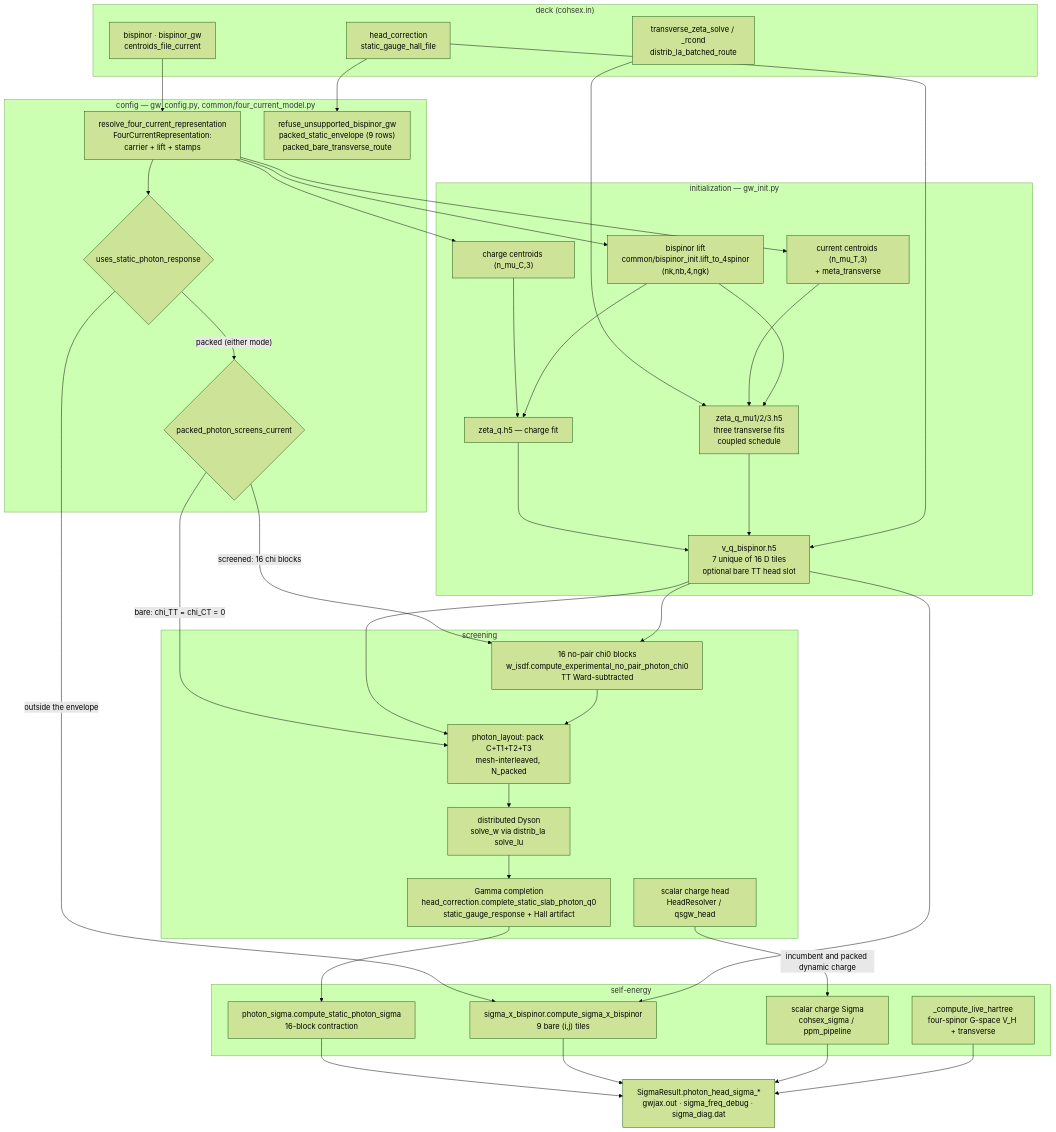
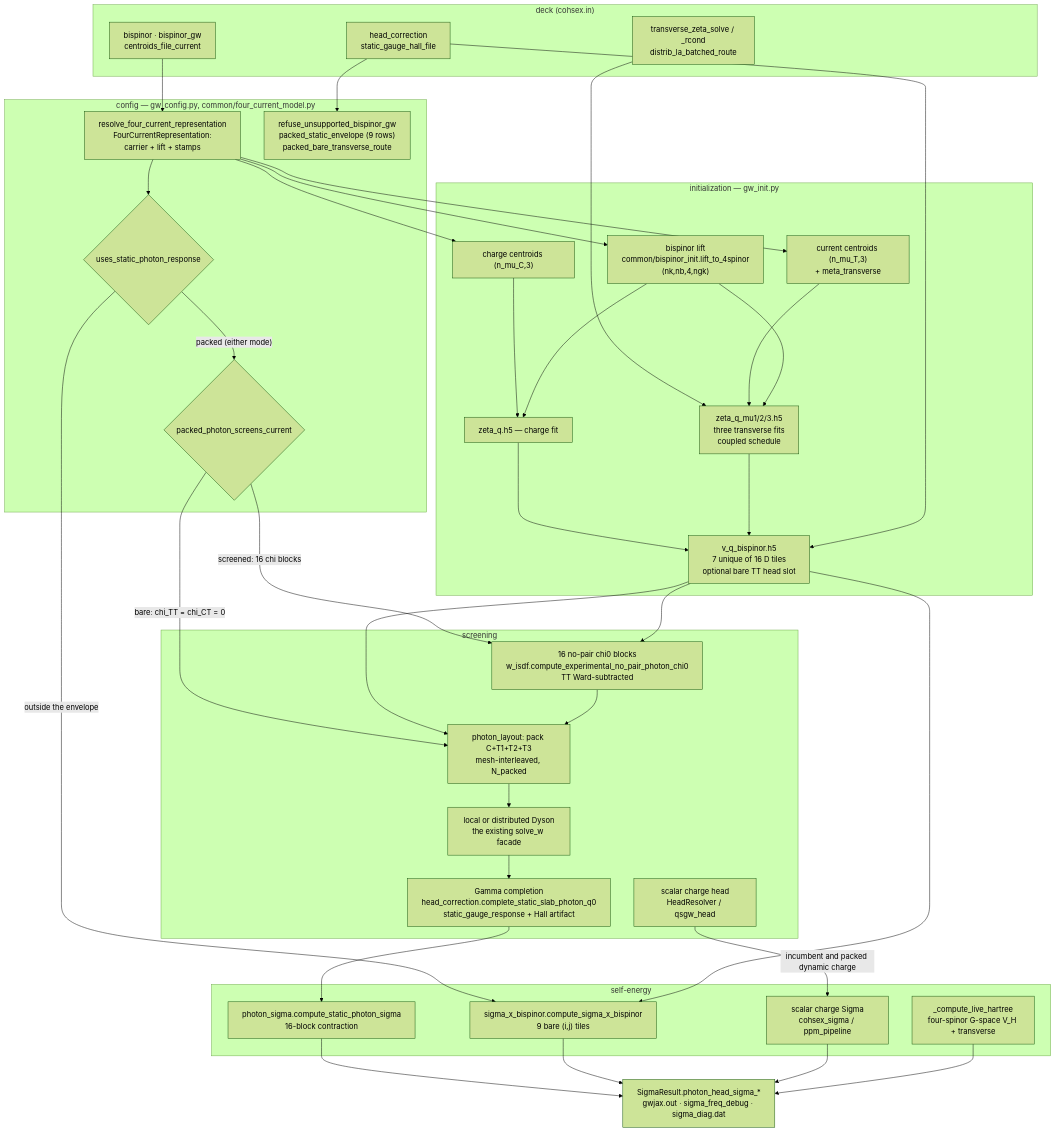
The diagram in docs/architecture/four_current_wiring.md (jackmcarthur/lorrax), drawn with Mermaid (forest theme) before and after one commit. The commit also changed other lines of this file and 5 other files, not shown here.

````diff
--- a/docs/architecture/four_current_wiring.md
+++ b/docs/architecture/four_current_wiring.md
@@ -145,72 +142,72 @@
 ```mermaid
 flowchart TD
   subgraph DECK["deck (cohsex.in)"]
     K1["bispinor · bispinor_gw<br/>centroids_file_current"]
     K2["head_correction<br/>static_gauge_hall_file"]
     K3["transverse_zeta_solve / _rcond<br/>distrib_la_batched_route"]
   end
 
   subgraph CFG["config — gw_config.py, common/four_current_model.py"]
     R["resolve_four_current_representation<br/>FourCurrentRepresentation:<br/>carrier + lift + stamps"]
     F{"uses_static_photon_response"}
     S{"packed_photon_screens_current"}
     E["refuse_unsupported_bispinor_gw<br/>packed_static_envelope (9 rows)<br/>packed_bare_transverse_route"]
   end
 
   subgraph INIT["initialization — gw_init.py"]
     C1["charge centroids (n_mu_C,3)"]
     C2["current centroids (n_mu_T,3)<br/>+ meta_transverse"]
     L["bispinor lift<br/>common/bispinor_init.lift_to_4spinor<br/>(nk,nb,4,ngk)"]
     Z0["zeta_q.h5 — charge fit"]
     ZT["zeta_q_mu1/2/3.h5<br/>three transverse fits<br/>coupled schedule"]
     VQ["v_q_bispinor.h5<br/>7 unique of 16 D tiles<br/>optional bare TT head slot"]
   end
 
   subgraph SCR["screening"]
     CHI["16 no-pair chi0 blocks<br/>w_isdf.compute_experimental_no_pair_photon_chi0<br/>TT Ward-subtracted"]
     PK["photon_layout: pack C+T1+T2+T3<br/>mesh-interleaved, N_packed"]
-    DY["distributed Dyson<br/>solve_w via distrib_la solve_lu"]
+    DY["local or distributed Dyson<br/>the existing solve_w facade"]
     HD["Gamma completion<br/>head_correction.complete_static_slab_photon_q0<br/>static_gauge_response + Hall artifact"]
     SW["scalar charge head<br/>HeadResolver / qsgw_head"]
   end
 
   subgraph SIG["self-energy"]
     PS["photon_sigma.compute_static_photon_sigma<br/>16-block contraction"]
     SB["sigma_x_bispinor.compute_sigma_x_bispinor<br/>9 bare (i,j) tiles"]
     CS["scalar charge Sigma<br/>cohsex_sigma / ppm_pipeline"]
     HT["_compute_live_hartree<br/>four-spinor G-space V_H + transverse"]
   end
 
   OUT["SigmaResult.photon_head_sigma_*<br/>gwjax.out · sigma_freq_debug · sigma_diag.dat"]
 
   K1 --> R
   R --> F
   K2 --> E
   K3 --> ZT
   F -->|"packed (either mode)"| S
   F -->|"outside the envelope"| SB
   S -->|"screened: 16 chi blocks"| CHI
   S -->|"bare: chi_TT = chi_CT = 0"| PK
   R --> C1
   R --> C2
   R --> L
   C1 --> Z0
   C2 --> ZT
   L --> Z0
   L --> ZT
   Z0 --> VQ
   ZT --> VQ
   K2 --> VQ
   VQ --> CHI
   VQ --> SB
   VQ --> PK
   CHI --> PK
   PK --> DY
   DY --> HD
   HD --> PS
   SW -->|incumbent and packed dynamic charge| CS
   PS --> OUT
   SB --> OUT
   CS --> OUT
   HT --> OUT
 ```
````
